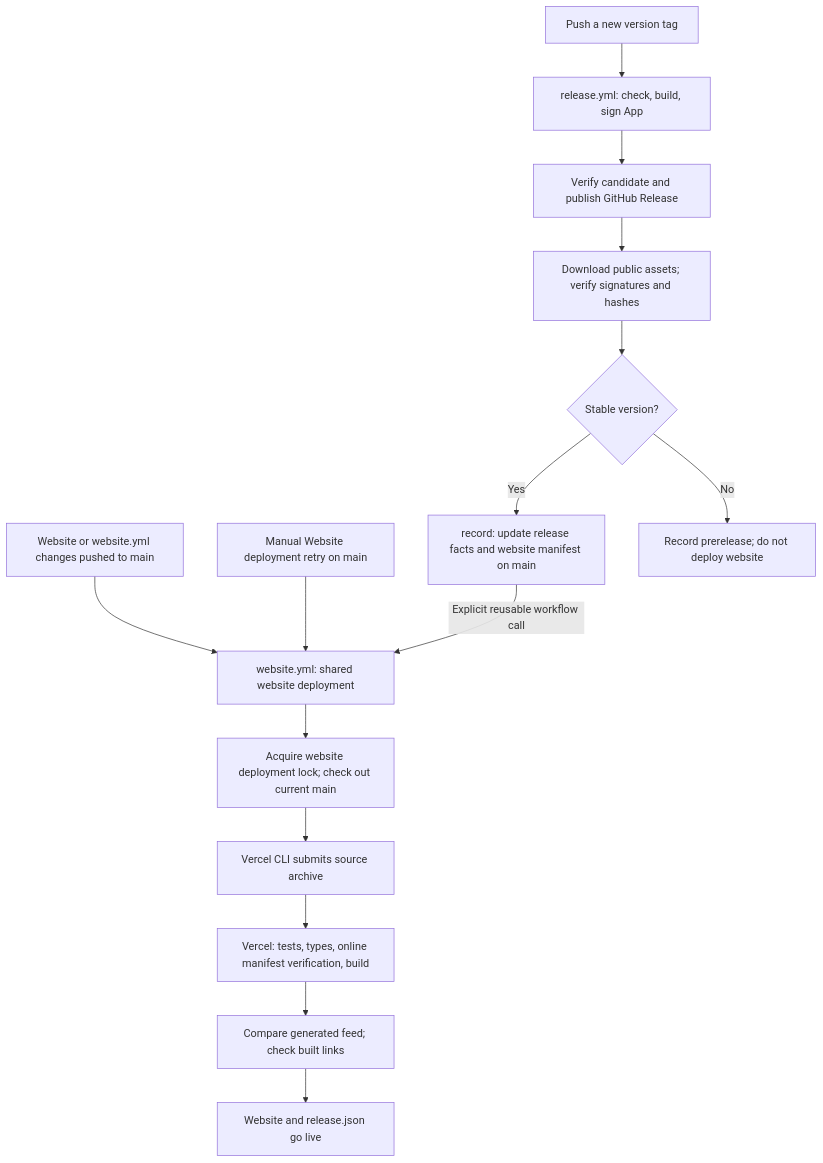
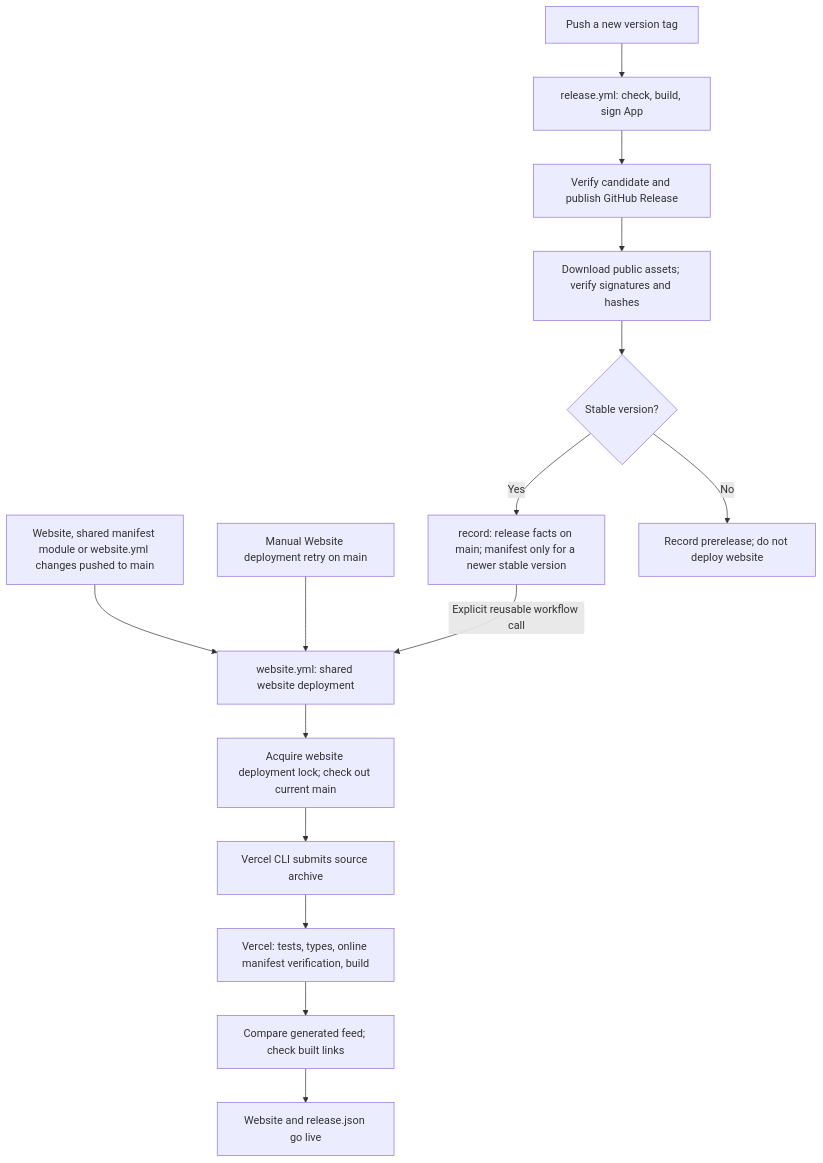
The first of 3 diagrams in docs/system-design/delivery.md (EricTsai83/recordstuff), drawn with Mermaid before and after one commit. The commit also changed other lines of this file and 4 other files, not shown here.

First line of the commit message:
docs(system-design): list the shared manifest modules among website triggers

````diff
--- a/docs/system-design/delivery.md
+++ b/docs/system-design/delivery.md
@@ -11,17 +11,17 @@
 ```mermaid
 flowchart TD
-    W["Website or website.yml changes pushed to main"] --> D["website.yml: shared website deployment"]
+    W["Website, shared manifest module or website.yml changes pushed to main"] --> D["website.yml: shared website deployment"]
     M["Manual Website deployment retry on main"] --> D
     T["Push a new version tag"] --> A["release.yml: check, build, sign App"]
     A --> P["Verify candidate and publish GitHub Release"]
     P --> V["Download public assets; verify signatures and hashes"]
     V --> S{"Stable version?"}
-    S -->|Yes| R["record: update release facts and website manifest on main"]
+    S -->|Yes| R["record: release facts on main; manifest only for a newer stable version"]
     R -->|Explicit reusable workflow call| D
     S -->|No| Q["Record prerelease; do not deploy website"]
     D --> L["Acquire website deployment lock; check out current main"]
     L --> H["Vercel CLI submits source archive"]
     H --> C["Vercel: tests, types, online manifest verification, build"]
     C --> F["Compare generated feed; check built links"]
     F --> O["Website and release.json go live"]
 ```
````
